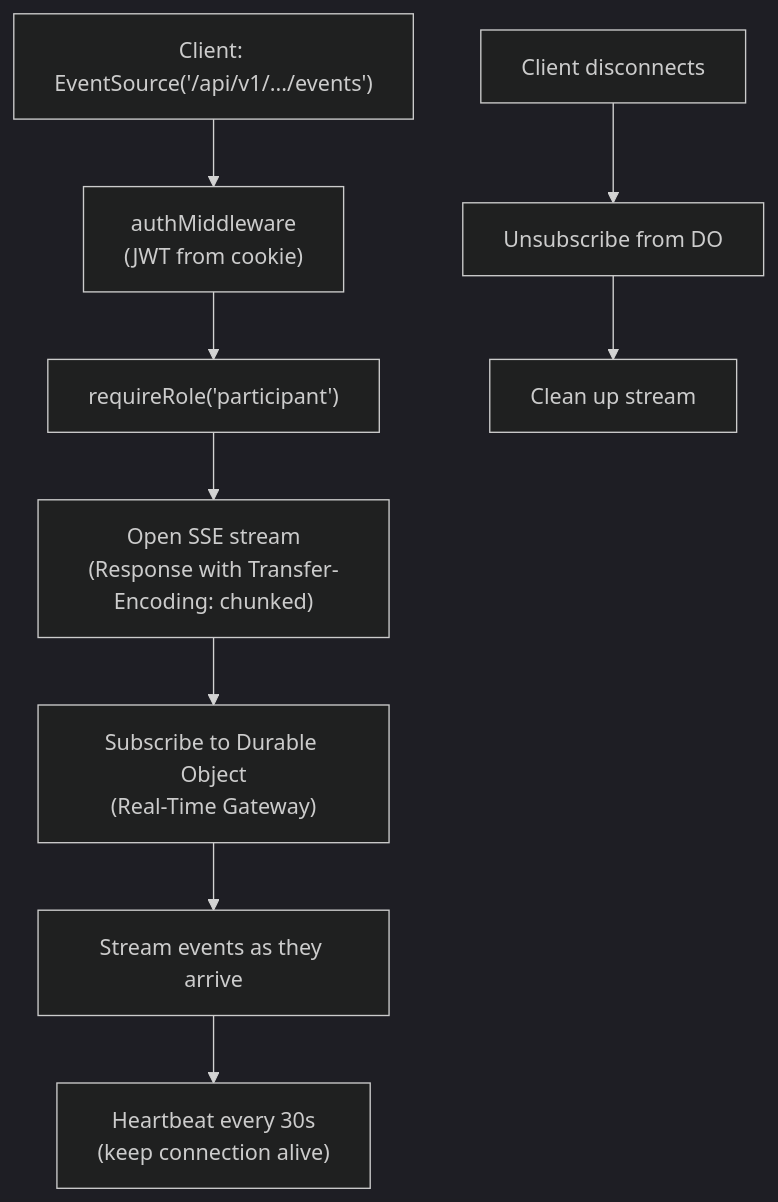
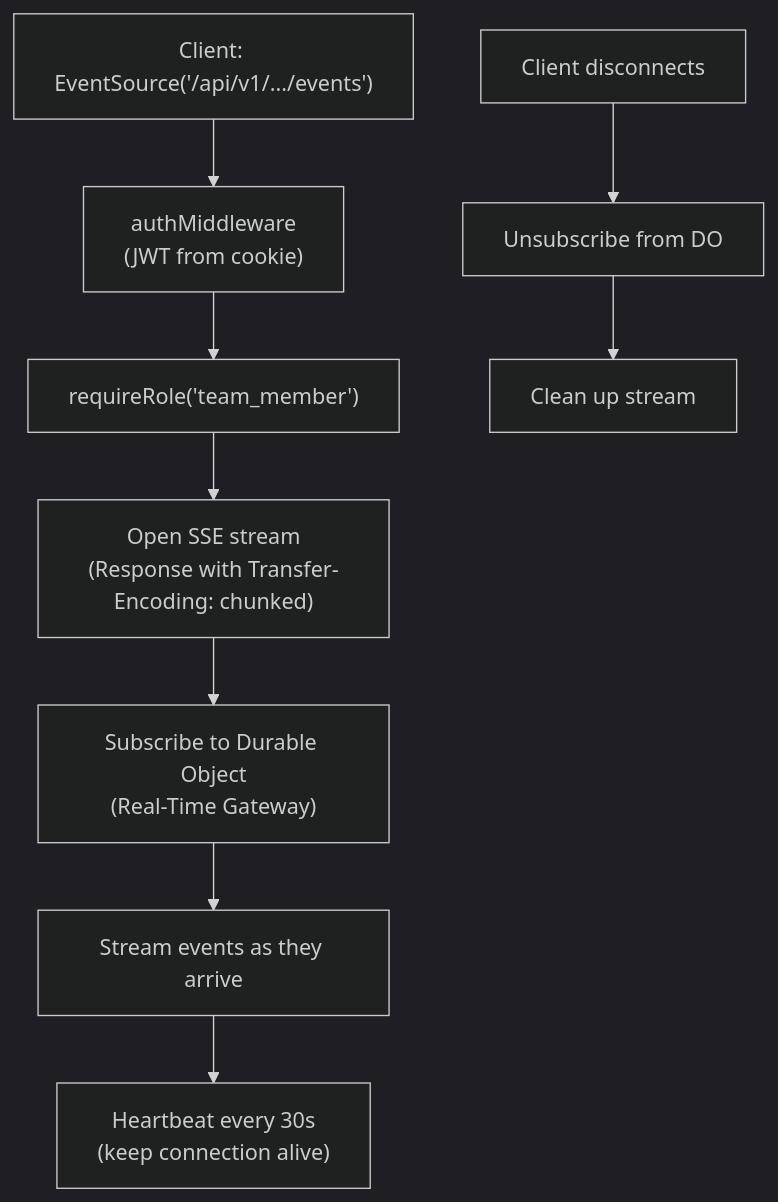
The sixth of 8 diagrams in docs/v3/planned/api-design.md (devangshupandey2025-stack/DevSage), drawn with Mermaid (dark theme) before and after one commit. The commit also changed other lines of this file, not shown here.

First line of the commit message:
docs(api): fix CORS domain and canonical role names in route table

````diff
--- a/docs/v3/planned/api-design.md
+++ b/docs/v3/planned/api-design.md
@@ -638,12 +638,12 @@
 ```mermaid
 flowchart TD
     A["Client: EventSource('/api/v1/.../events')"] --> B["authMiddleware<br/>(JWT from cookie)"]
-    B --> C["requireRole('participant')"]
+    B --> C["requireRole('team_member')"]
     C --> D["Open SSE stream<br/>(Response with Transfer-Encoding: chunked)"]
     D --> E["Subscribe to Durable Object<br/>(Real-Time Gateway)"]
     E --> F["Stream events as they arrive"]
     F --> G["Heartbeat every 30s<br/>(keep connection alive)"]
 
     H["Client disconnects"] --> I["Unsubscribe from DO"]
     I --> J["Clean up stream"]
 ```
````
